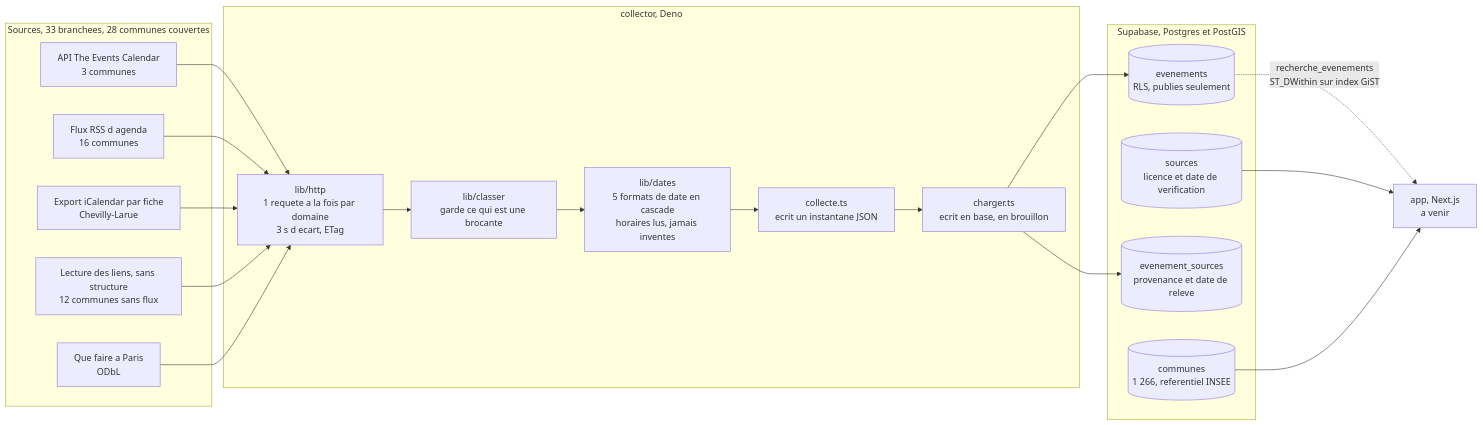
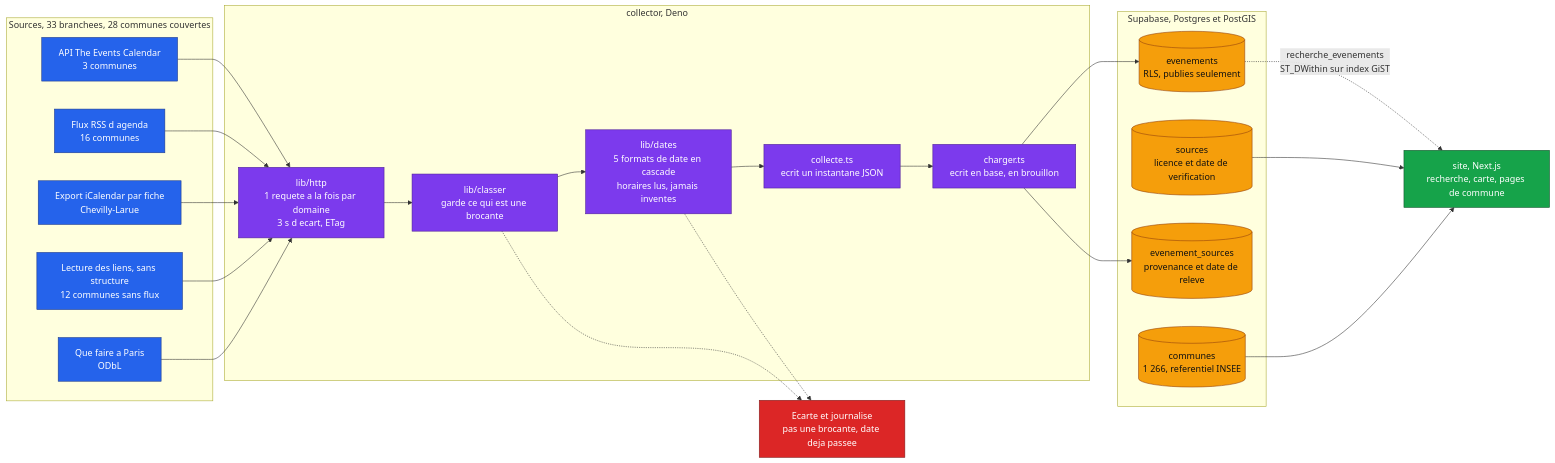
Before and after one commit to Adam-Blf/brocantes: the diagram in README.md, drawn with Mermaid. The commit also changed other lines of this file, not shown here.

Commit message:
Add badges, coloured Mermaid, run commands and env table to README

````diff
--- a/README.md
+++ b/README.md
@@ -37,32 +48,46 @@
 ```mermaid
 flowchart LR
   subgraph sources["Sources, 33 branchees, 28 communes couvertes"]
     T["API The Events Calendar<br/>3 communes"]
     R["Flux RSS d agenda<br/>16 communes"]
     I["Export iCalendar par fiche<br/>Chevilly-Larue"]
     HT["Lecture des liens, sans structure<br/>12 communes sans flux"]
     P["Que faire a Paris<br/>ODbL"]
   end
 
   subgraph collecte["collector, Deno"]
     H["lib/http<br/>1 requete a la fois par domaine<br/>3 s d ecart, ETag"]
     C["lib/classer<br/>garde ce qui est une brocante"]
     D["lib/dates<br/>5 formats de date en cascade<br/>horaires lus, jamais inventes"]
     O["collecte.ts<br/>ecrit un instantane JSON"]
     L["charger.ts<br/>ecrit en base, en brouillon"]
   end
 
   subgraph base["Supabase, Postgres et PostGIS"]
     E[("evenements<br/>RLS, publies seulement")]
     S[("sources<br/>licence et date de verification")]
     ES[("evenement_sources<br/>provenance et date de releve")]
     CO[("communes<br/>1 266, referentiel INSEE")]
   end
 
-  W["app, Next.js<br/>a venir"]
+  W["site, Next.js<br/>recherche, carte, pages de commune"]
+  X["Ecarte et journalise<br/>pas une brocante, date deja passee"]
 
   T & R & I & HT & P --> H --> C --> D --> O --> L --> E
   L --> ES
   E -.->|"recherche_evenements<br/>ST_DWithin sur index GiST"| W
   S & CO --> W
+  C -.-> X
+  D -.-> X
+
+  classDef input fill:#2563eb,stroke:#1e3a8a,color:#fff
+  classDef process fill:#7c3aed,stroke:#4c1d95,color:#fff
+  classDef store fill:#f59e0b,stroke:#92400e,color:#111
+  classDef ok fill:#16a34a,stroke:#14532d,color:#fff
+  classDef error fill:#dc2626,stroke:#7f1d1d,color:#fff
+  class T,R,I,HT,P input
+  class H,C,D,O,L process
+  class E,S,ES,CO store
+  class W ok
+  class X error
 ```
````
